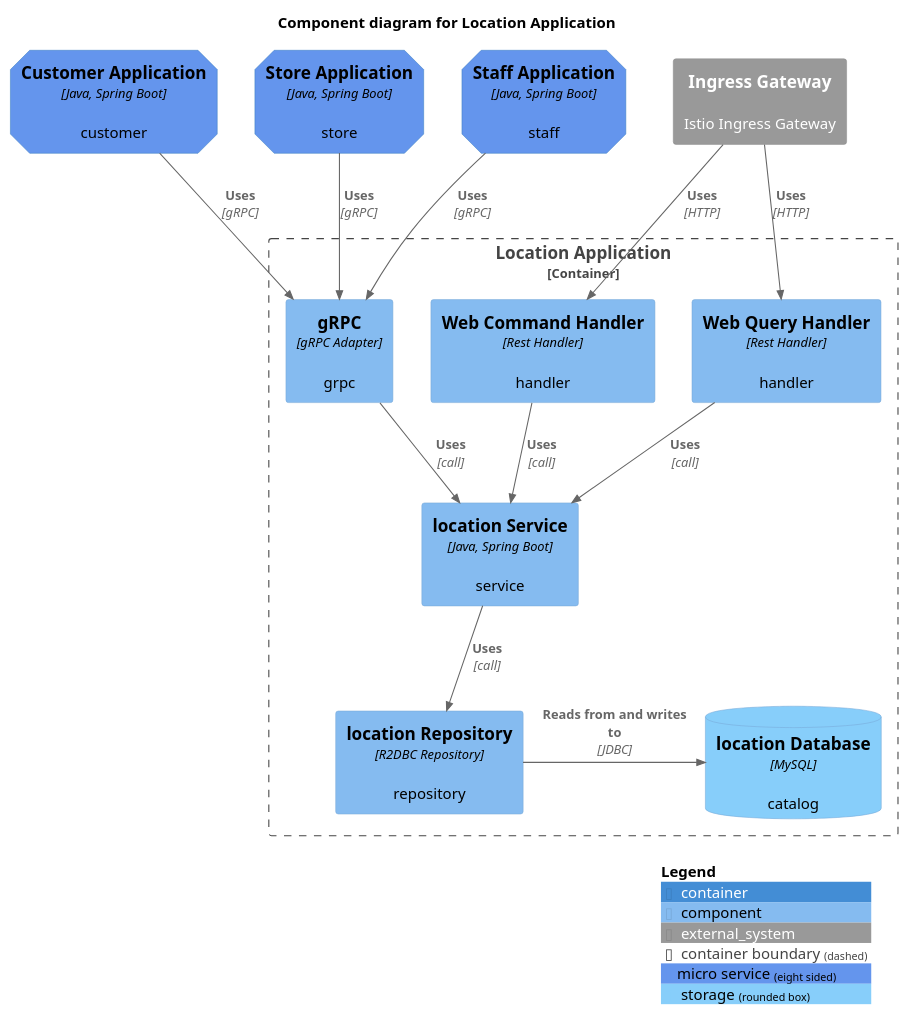
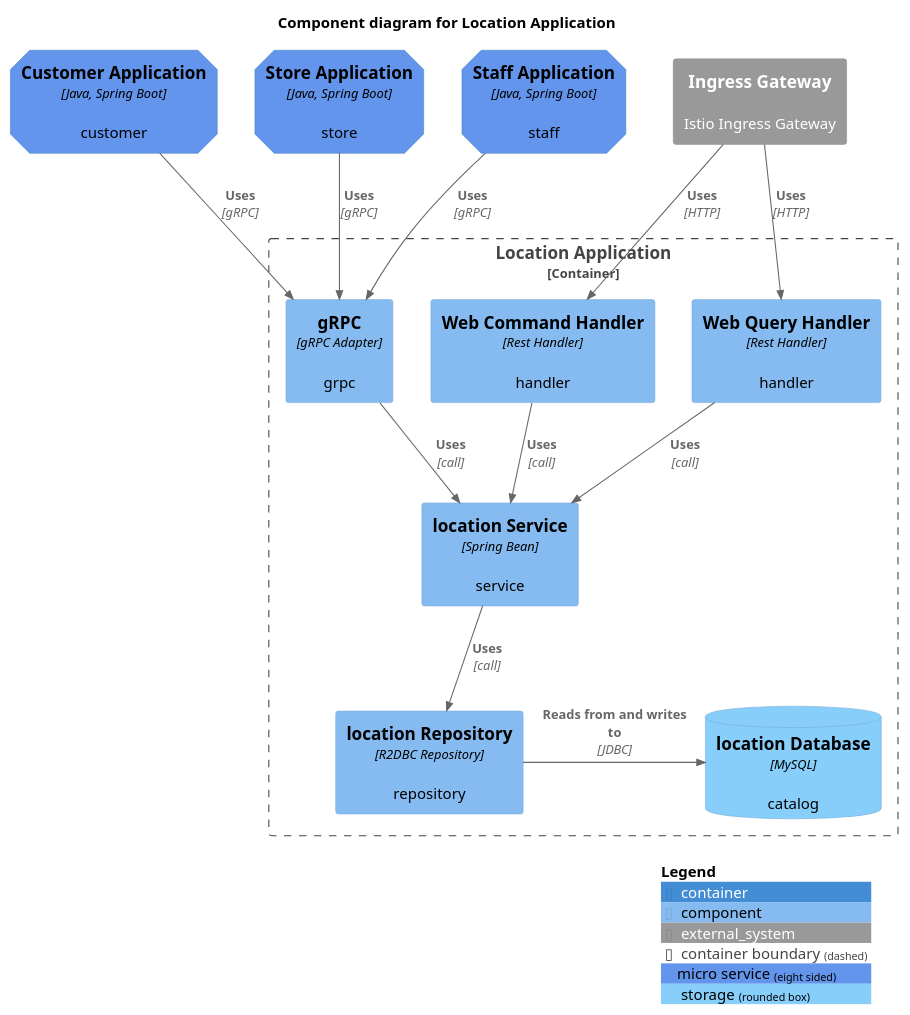
One commit to codejsha/sakila-microservices changed the diagram in diagram/component/location-application.puml. Above: the diagram before and after it, drawn with PlantUML. The commit also changed 12 other files, not shown here.

Commit message:
update diagrams

```diff
--- a/diagram/component/location-application.puml
+++ b/diagram/component/location-application.puml
@@ -1,36 +1,36 @@
 @startuml "location-application"
 !include https://raw.githubusercontent.com/plantuml-stdlib/C4-PlantUML/master/C4_Component.puml
 
 AddElementTag("micro_service", $shape=EightSidedShape(), $bgColor="CornflowerBlue", $fontColor="black", $legendText="micro service\neight sided")
 AddElementTag("storage", $shape=RoundedBoxShape(), $bgColor="lightSkyBlue", $fontColor="black")
 
 title Component diagram for Location Application
 
 Container(customer_app, "Customer Application", "Java, Spring Boot", "customer", $tags = "micro_service")
 Container(store_app, "Store Application", "Java, Spring Boot", "store", $tags = "micro_service")
 Container(staff_app, "Staff Application", "Java, Spring Boot", "staff", $tags = "micro_service")
 System_Ext(ingress_gateway, "Ingress Gateway", "Istio Ingress Gateway")
 
 Container_Boundary(location_app, "Location Application") {
     Component(command_handler, "Web Command Handler", "Rest Handler", "handler")
     Component(query_handler, "Web Query Handler", "Rest Handler", "handler")
     Component(grpc, "gRPC", "gRPC Adapter", "grpc")
-    Component(location_service, "location Service", "Java, Spring Boot", "service")
+    Component(location_service, "location Service", "Spring Bean", "service")
     Component(location_repository, "location Repository", "R2DBC Repository", "repository")
     ComponentDb(location_db, "location Database", "MySQL", "catalog", $tags = "storage")
 
     Rel(command_handler, location_service, "Uses", "call")
     Rel(query_handler, location_service, "Uses", "call")
     Rel(location_service, location_repository, "Uses", "call")
     Rel(grpc, location_service, "Uses", "call")
     Rel_R(location_repository, location_db, "Reads from and writes to", "JDBC")
 }
 
 Rel(customer_app, grpc, "Uses", "gRPC")
 Rel(store_app, grpc, "Uses", "gRPC")
 Rel(staff_app, grpc, "Uses", "gRPC")
 Rel(ingress_gateway, command_handler, "Uses", "HTTP")
 Rel(ingress_gateway, query_handler, "Uses", "HTTP")
 
 SHOW_LEGEND()
 @enduml
```
